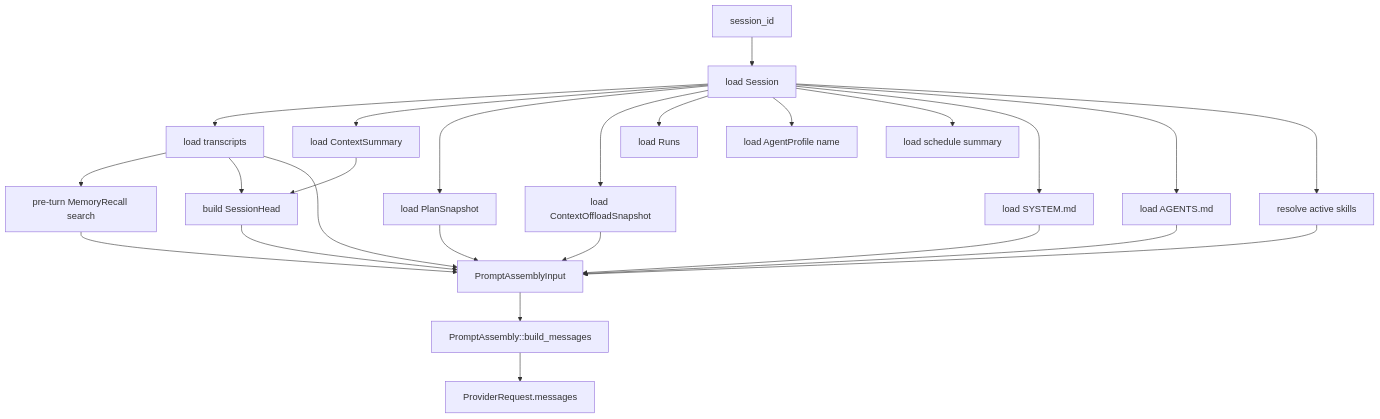
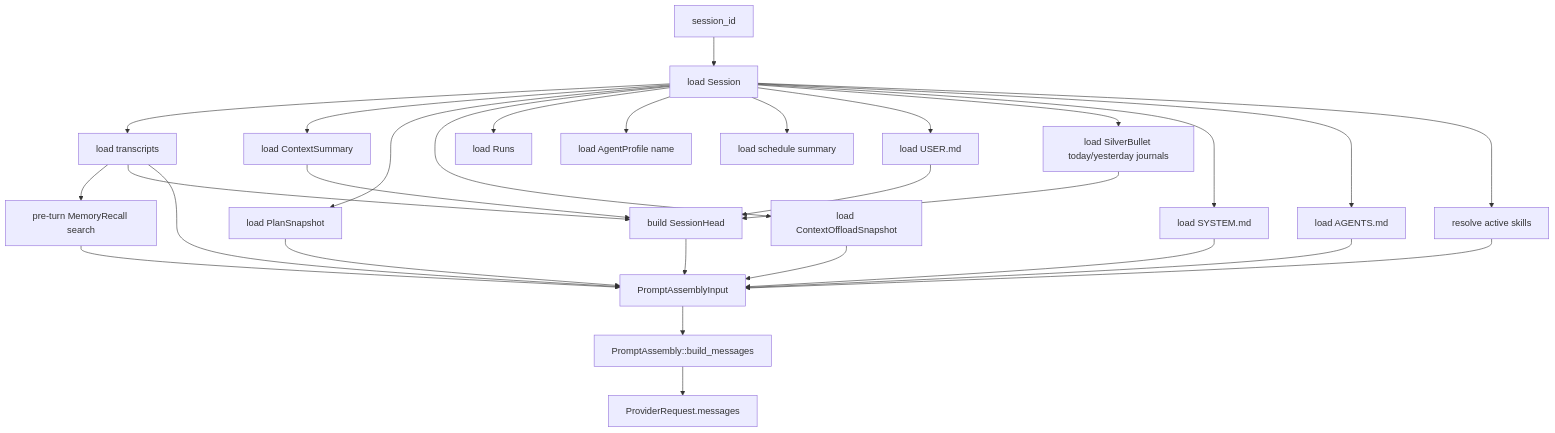
The first of 3 diagrams in docs/current/12-prompt-contract-decision.md (galiakhmetovc/scaling-lamp), drawn with Mermaid before and after one commit. The commit also changed other lines of this file and 31 other files, not shown here.

Commit message:
Release 1.1 operator context and SilverBullet mirror

````diff
--- a/docs/current/12-prompt-contract-decision.md
+++ b/docs/current/12-prompt-contract-decision.md
@@ -215,27 +233,31 @@
 ```mermaid
 flowchart TD
     A[session_id] --> B[load Session]
     B --> C[load transcripts]
     B --> D[load ContextSummary]
     B --> E[load PlanSnapshot]
     B --> F[load ContextOffloadSnapshot]
     B --> G[load Runs]
     B --> H[load AgentProfile name]
     B --> I[load schedule summary]
+    B --> U[load USER.md]
+    B --> V[load SilverBullet today/yesterday journals]
     C --> R[pre-turn MemoryRecall search]
     C --> J[build SessionHead]
     D --> J
+    U --> J
+    V --> J
     E --> K[PromptAssemblyInput]
     F --> K
     J --> K
     R --> K
     B --> L[load SYSTEM.md]
     B --> M[load AGENTS.md]
     B --> N[resolve active skills]
     L --> K
     M --> K
     N --> K
     C --> K
     K --> O[PromptAssembly::build_messages]
     O --> P[ProviderRequest.messages]
 ```
````
